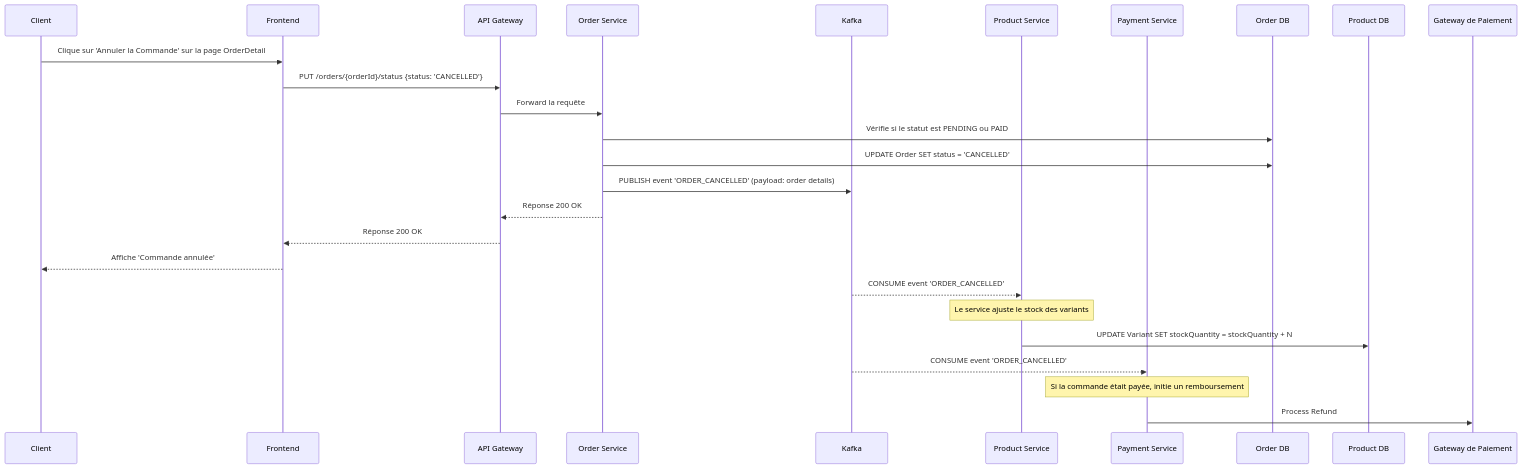
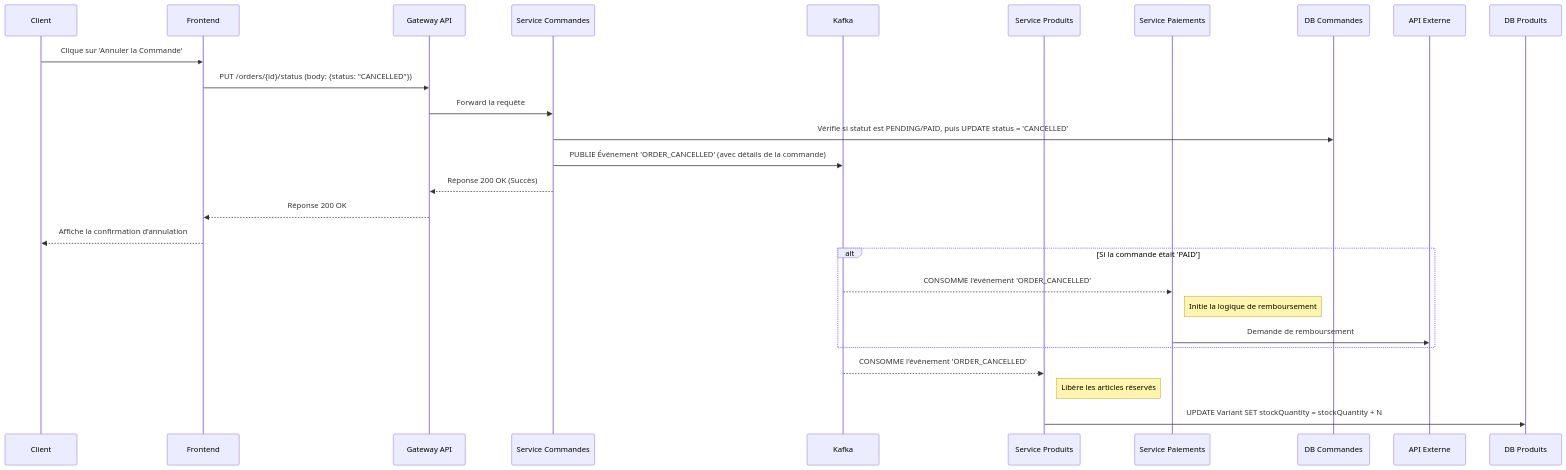
Before and after one commit to HarcheSamir/esisba-lirmm-ecommerce: the first of 5 diagrams in post-order.md, drawn with Mermaid. The commit also changed other lines of this file, not shown here.

````diff
--- a/post-order.md
+++ b/post-order.md
@@ -23,28 +35,29 @@
 ```mermaid
 sequenceDiagram
     participant Client
     participant Frontend
-    participant API Gateway
-    participant Order Service
+    participant Gateway API
+    participant Service Commandes
     participant Kafka
-    participant Product Service
-    participant Payment Service
+    participant Service Produits
+    participant Service Paiements
 
-    Client->>Frontend: Clique sur 'Annuler la Commande' sur la page OrderDetail
-    Frontend->>API Gateway: PUT /orders/{orderId}/status {status: 'CANCELLED'}
-    API Gateway->>Order Service: Forward la requête
-    Order Service->>Order DB: Vérifie si le statut est PENDING ou PAID
-    Order Service->>Order DB: UPDATE Order SET status = 'CANCELLED'
-    Order Service->>Kafka: PUBLISH event 'ORDER_CANCELLED' (payload: order details)
-    Order Service-->>API Gateway: Réponse 200 OK
-    API Gateway-->>Frontend: Réponse 200 OK
-    Frontend-->>Client: Affiche 'Commande annulée'
+    Client->>Frontend: Clique sur 'Annuler la Commande'
+    Frontend->>Gateway API: PUT /orders/{id}/status (body: {status: "CANCELLED"})
+    Gateway API->>Service Commandes: Forward la requête
+    Service Commandes->>DB Commandes: Vérifie si statut est PENDING/PAID, puis UPDATE status = 'CANCELLED'
+    Service Commandes->>Kafka: PUBLIE Événement 'ORDER_CANCELLED' (avec détails de la commande)
+    Service Commandes-->>Gateway API: Réponse 200 OK (Succès)
+    Gateway API-->>Frontend: Réponse 200 OK
+    Frontend-->>Client: Affiche la confirmation d'annulation
 
-    Kafka-->>Product Service: CONSUME event 'ORDER_CANCELLED'
-    Note over Product Service: Le service ajuste le stock des variants
-    Product Service->>Product DB: UPDATE Variant SET stockQuantity = stockQuantity + N
+    alt Si la commande était 'PAID'
+        Kafka-->>Service Paiements: CONSOMME l'événement 'ORDER_CANCELLED'
+        Note right of Service Paiements: Initie la logique de remboursement
+        Service Paiements->>API Externe: Demande de remboursement
+    end
 
-    Kafka-->>Payment Service: CONSUME event 'ORDER_CANCELLED'
-    Note over Payment Service: Si la commande était payée, initie un remboursement
-    Payment Service->>Gateway de Paiement: Process Refund
+    Kafka-->>Service Produits: CONSOMME l'événement 'ORDER_CANCELLED'
+    Note right of Service Produits: Libère les articles réservés
+    Service Produits->>DB Produits: UPDATE Variant SET stockQuantity = stockQuantity + N
 ```
````
